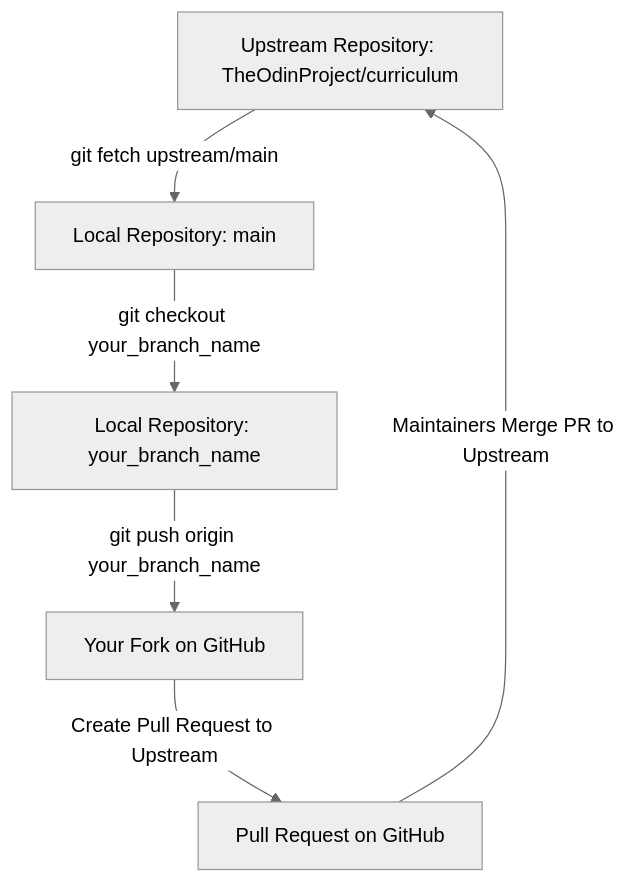
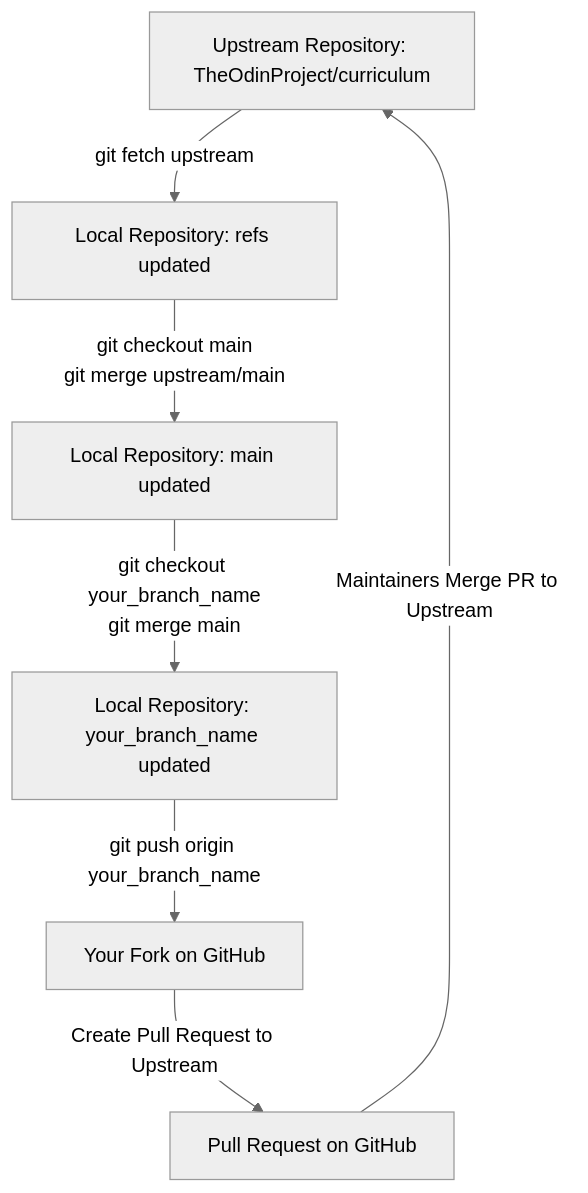
One commit to TheOdinProject/curriculum changed the diagram in git/intermediate_git/using_git_in_the_real_world.md. Above: the diagram before and after it, drawn with Mermaid (neutral theme).

Commit message:
Using Git in the Real World: Fix Git workflow diagram (#31521)
Correct command syntax + better reflects lesson steps

```diff
--- a/git/intermediate_git/using_git_in_the_real_world.md
+++ b/git/intermediate_git/using_git_in_the_real_world.md
@@ -24,10 +24,13 @@
 <pre class="mermaid">
 
 graph TD;
-    A[Upstream Repository: TheOdinProject/curriculum] -->|git fetch upstream/main| B[Local Repository: main];
-    B -->|git checkout your_branch_name| C[Local Repository: your_branch_name];
-    C -->|git push origin your_branch_name| D[Your Fork on GitHub];
-    D -->|Create Pull Request to Upstream| E[Pull Request on GitHub];
-    E -->|Maintainers Merge PR to Upstream| A[Upstream Repository: TheOdinProject/curriculum];
+    A[Upstream Repository: TheOdinProject/curriculum] -->|git fetch upstream| B[Local Repository: refs updated];
+    B -->|"`git checkout main
+            git merge upstream/main`"| C[Local Repository: main updated];
+    C -->|"`git checkout your_branch_name
+            git merge main`"| D[Local Repository: your_branch_name updated];
+    D -->|git push origin your_branch_name| E[Your Fork on GitHub];
+    E -->|Create Pull Request to Upstream| F[Pull Request on GitHub];
+    F -->|Maintainers Merge PR to Upstream| A[Upstream Repository: TheOdinProject/curriculum];
 
 </pre>
```
